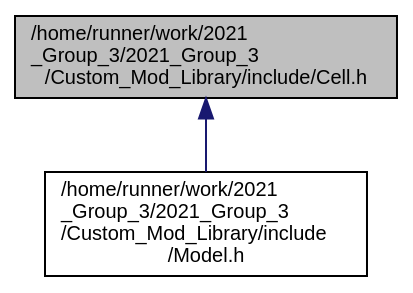
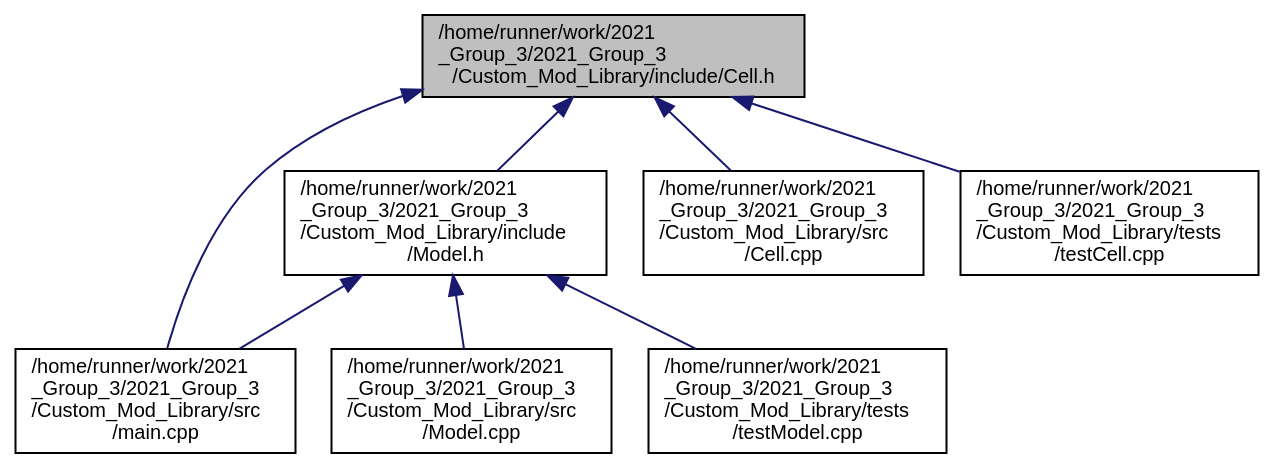
The diagram in _cell_8h__dep__incl.dot (ejagombar/2021_Group_3), drawn with Graphviz before and after one commit. The commit also changed 156 other files, not shown here.

```diff
--- a/_cell_8h__dep__incl.dot
+++ b/_cell_8h__dep__incl.dot
@@ -1,10 +1,21 @@
 digraph "/home/runner/work/2021_Group_3/2021_Group_3/Custom_Mod_Library/include/Cell.h"
 {
  // LATEX_PDF_SIZE
   bgcolor="transparent";
   edge [fontname="Helvetica",fontsize="10",labelfontname="Helvetica",labelfontsize="10"];
   node [fontname="Helvetica",fontsize="10",shape=record];
   Node1 [label="/home/runner/work/2021\l_Group_3/2021_Group_3\l/Custom_Mod_Library/include/Cell.h",height=0.2,width=0.4,color="black", fillcolor="grey75", style="filled", fontcolor="black",tooltip="Cell class used to store Cell shapes that make up a model."];
   Node1 -> Node2 [dir="back",color="midnightblue",fontsize="10",style="solid",fontname="Helvetica"];
   Node2 [label="/home/runner/work/2021\l_Group_3/2021_Group_3\l/Custom_Mod_Library/include\l/Model.h",height=0.2,width=0.4,color="black",URL="$_model_8h.html",tooltip="Class used to open, save and store .mod files."];
+  Node2 -> Node3 [dir="back",color="midnightblue",fontsize="10",style="solid",fontname="Helvetica"];
+  Node3 [label="/home/runner/work/2021\l_Group_3/2021_Group_3\l/Custom_Mod_Library/src\l/main.cpp",height=0.2,width=0.4,color="black",URL="$_custom___mod___library_2src_2main_8cpp.html",tooltip=" "];
+  Node2 -> Node4 [dir="back",color="midnightblue",fontsize="10",style="solid",fontname="Helvetica"];
+  Node4 [label="/home/runner/work/2021\l_Group_3/2021_Group_3\l/Custom_Mod_Library/src\l/Model.cpp",height=0.2,width=0.4,color="black",URL="$_model_8cpp.html",tooltip=" "];
+  Node2 -> Node5 [dir="back",color="midnightblue",fontsize="10",style="solid",fontname="Helvetica"];
+  Node5 [label="/home/runner/work/2021\l_Group_3/2021_Group_3\l/Custom_Mod_Library/tests\l/testModel.cpp",height=0.2,width=0.4,color="black",URL="$test_model_8cpp.html",tooltip=" "];
+  Node1 -> Node6 [dir="back",color="midnightblue",fontsize="10",style="solid",fontname="Helvetica"];
+  Node6 [label="/home/runner/work/2021\l_Group_3/2021_Group_3\l/Custom_Mod_Library/src\l/Cell.cpp",height=0.2,width=0.4,color="black",URL="$_cell_8cpp.html",tooltip=" "];
+  Node1 -> Node3 [dir="back",color="midnightblue",fontsize="10",style="solid",fontname="Helvetica"];
+  Node1 -> Node7 [dir="back",color="midnightblue",fontsize="10",style="solid",fontname="Helvetica"];
+  Node7 [label="/home/runner/work/2021\l_Group_3/2021_Group_3\l/Custom_Mod_Library/tests\l/testCell.cpp",height=0.2,width=0.4,color="black",URL="$test_cell_8cpp.html",tooltip=" "];
 }
```
